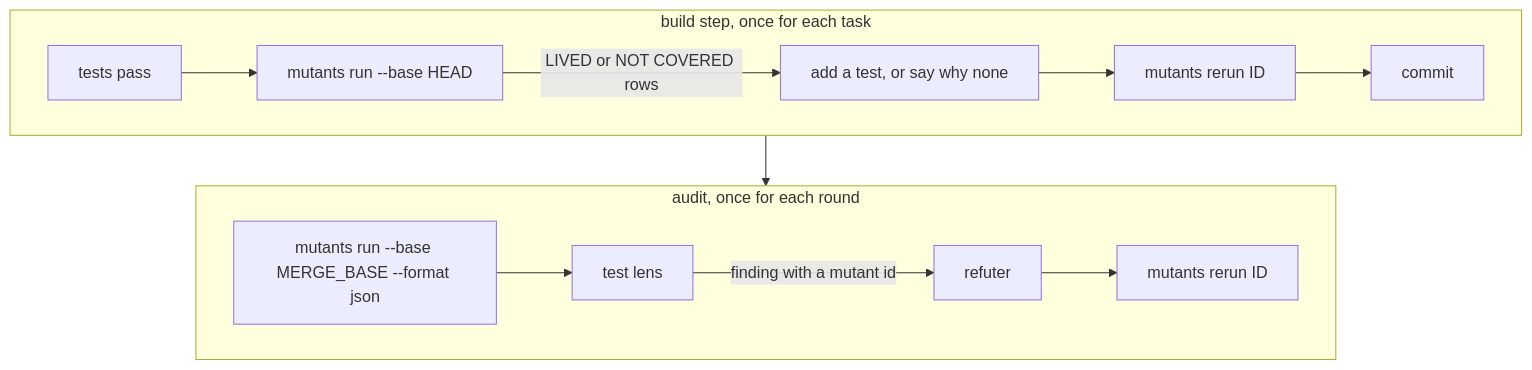
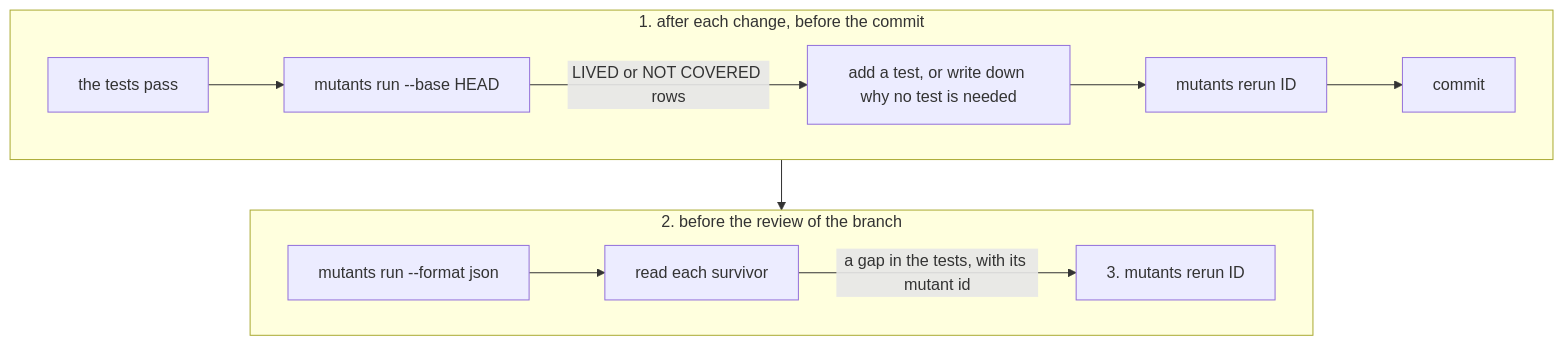
The first of 6 diagrams in docs/design.md (hpcsc/mutants), drawn with Mermaid before and after one commit. The commit also changed other lines of this file and 1 other file, not shown here.

````diff
--- a/docs/design.md
+++ b/docs/design.md
@@ -37,17 +39,16 @@
 ```mermaid
 flowchart TD
-    subgraph BUILD["build step, once for each task"]
+    subgraph CHANGE["1. after each change, before the commit"]
         direction LR
-        T1["tests pass"] --> M1["mutants run --base HEAD"]
-        M1 -- "LIVED or NOT COVERED rows" --> F1["add a test, or say why none"]
+        T1["the tests pass"] --> M1["mutants run --base HEAD"]
+        M1 -- "LIVED or NOT COVERED rows" --> F1["add a test, or write down why no test is needed"]
         F1 --> R1["mutants rerun ID"]
         R1 --> C1["commit"]
     end
-    subgraph AUDIT["audit, once for each round"]
+    subgraph REVIEW["2. before the review of the branch"]
         direction LR
-        M2["mutants run --base MERGE_BASE --format json"] --> L["test lens"]
-        L -- "finding with a mutant id" --> RF["refuter"]
-        RF --> R2["mutants rerun ID"]
+        M2["mutants run --format json"] --> L["read each survivor"]
+        L -- "a gap in the tests, with its mutant id" --> R2["3. mutants rerun ID"]
     end
     C1 --> M2
 ```
````
